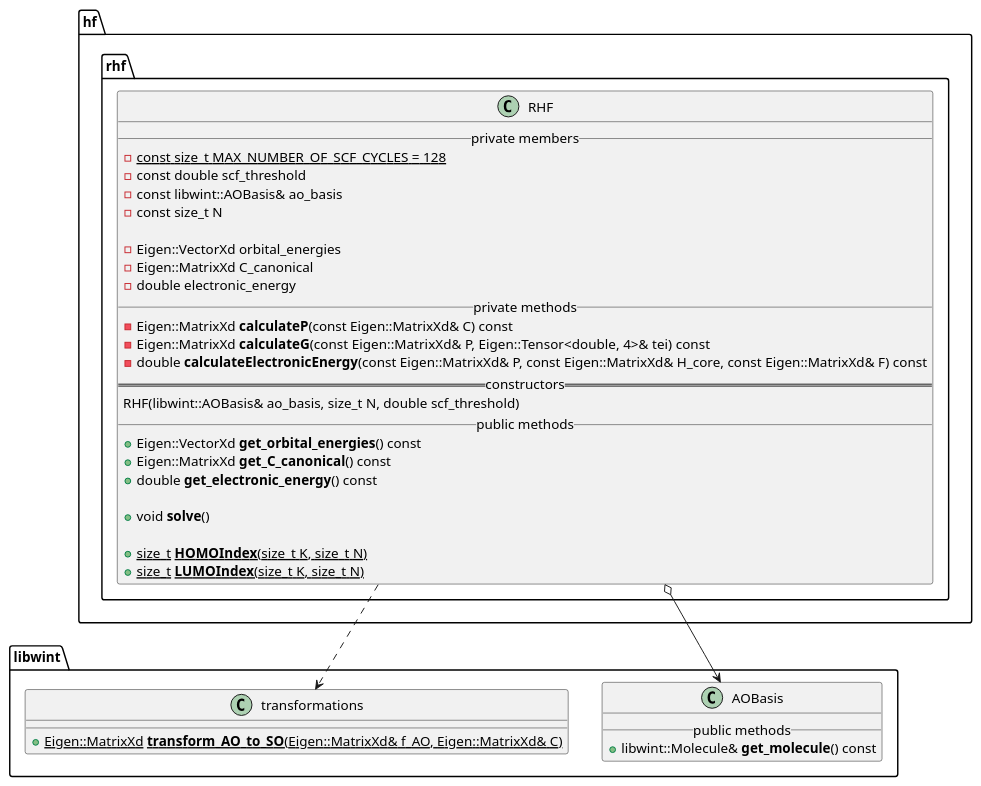
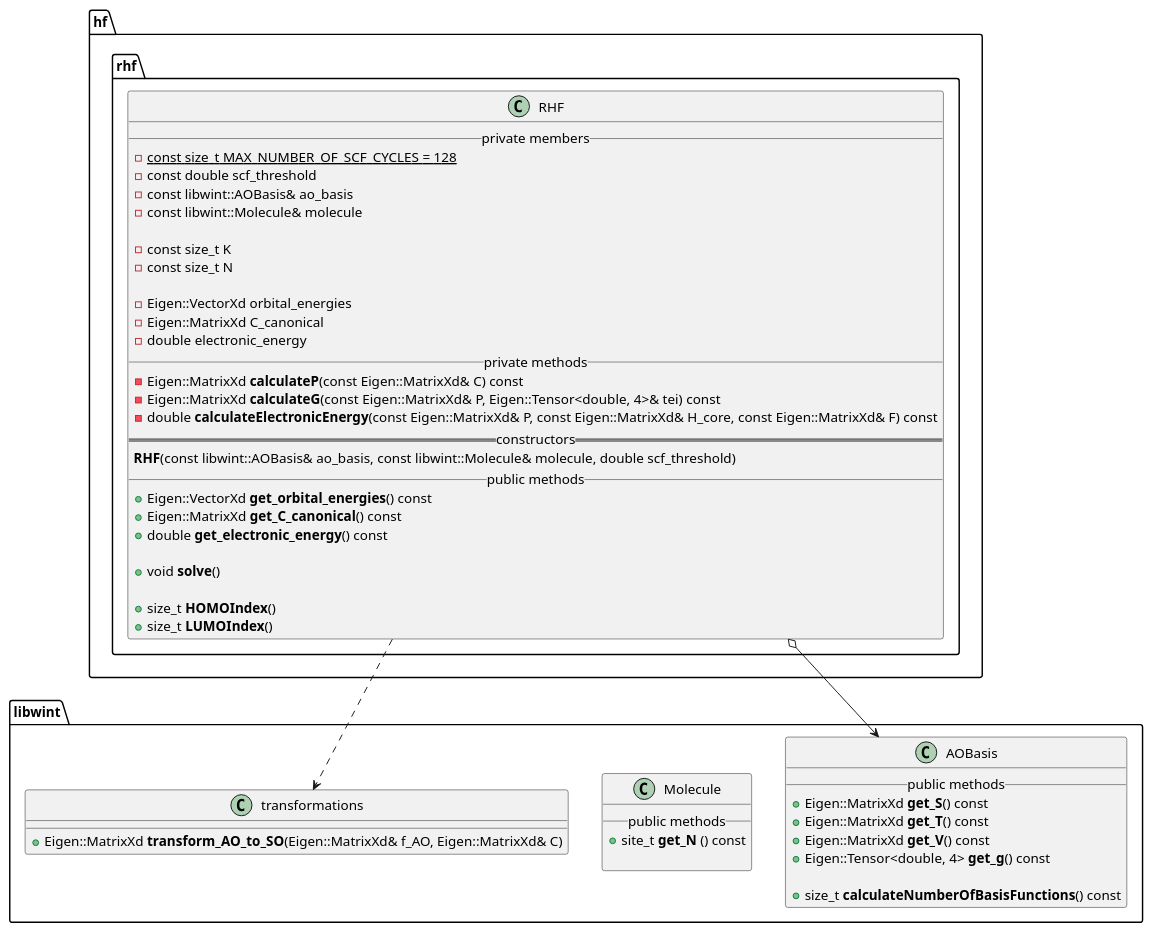
The diagram in docs/hf.puml (tmhuysen/hf), drawn with PlantUML before and after one commit. The commit also changed 3 other files, not shown here.

```diff
--- a/docs/hf.puml
+++ b/docs/hf.puml
@@ -1,57 +1,72 @@
 @startuml
 
 
 namespace libwint {
 
     class AOBasis {
         __ public methods __
-            + libwint::Molecule& **get_molecule**() const
+            + Eigen::MatrixXd **get_S**() const
+            + Eigen::MatrixXd **get_T**() const
+            + Eigen::MatrixXd **get_V**() const
+            + Eigen::Tensor<double, 4> **get_g**() const
+
+            + size_t **calculateNumberOfBasisFunctions**() const
+    }
+
+
+    class Molecule {
+        __ public methods __
+            + site_t **get_N** () const
+
     }
 
 
     class transformations {
-        + {static} Eigen::MatrixXd **transform_AO_to_SO**(Eigen::MatrixXd& f_AO, Eigen::MatrixXd& C)
+        + Eigen::MatrixXd **transform_AO_to_SO**(Eigen::MatrixXd& f_AO, Eigen::MatrixXd& C)
     }
 
 }
 
 
 namespace hf {
     namespace rhf {
 
         class RHF {
             __ private members __
                 - const size_t {static} MAX_NUMBER_OF_SCF_CYCLES = 128
                 - const double scf_threshold
                 - const libwint::AOBasis& ao_basis
+                - const libwint::Molecule& molecule
+
+                - const size_t K
                 - const size_t N
 
                 - Eigen::VectorXd orbital_energies
                 - Eigen::MatrixXd C_canonical
                 - double electronic_energy
             __ private methods __
                 - Eigen::MatrixXd **calculateP**(const Eigen::MatrixXd& C) const
                 - Eigen::MatrixXd **calculateG**(const Eigen::MatrixXd& P, Eigen::Tensor<double, 4>& tei) const
                 - double **calculateElectronicEnergy**(const Eigen::MatrixXd& P, const Eigen::MatrixXd& H_core, const Eigen::MatrixXd& F) const
             == constructors ==
-                RHF(libwint::AOBasis& ao_basis, size_t N, double scf_threshold)
+                **RHF**(const libwint::AOBasis& ao_basis, const libwint::Molecule& molecule, double scf_threshold)
             __ public methods __
                 + Eigen::VectorXd **get_orbital_energies**() const
                 + Eigen::MatrixXd **get_C_canonical**() const
                 + double **get_electronic_energy**() const
 
                 + void **solve**()
 
-                + {static} size_t **HOMOIndex**(size_t K, size_t N)
-                + {static} size_t **LUMOIndex**(size_t K, size_t N)
+                + size_t **HOMOIndex**()
+                + size_t **LUMOIndex**()
         }
     }
 }
 
 
 
 hf.rhf.RHF o--> libwint.AOBasis
 
 hf.rhf.RHF ..> libwint.transformations
 
 @enduml
```
